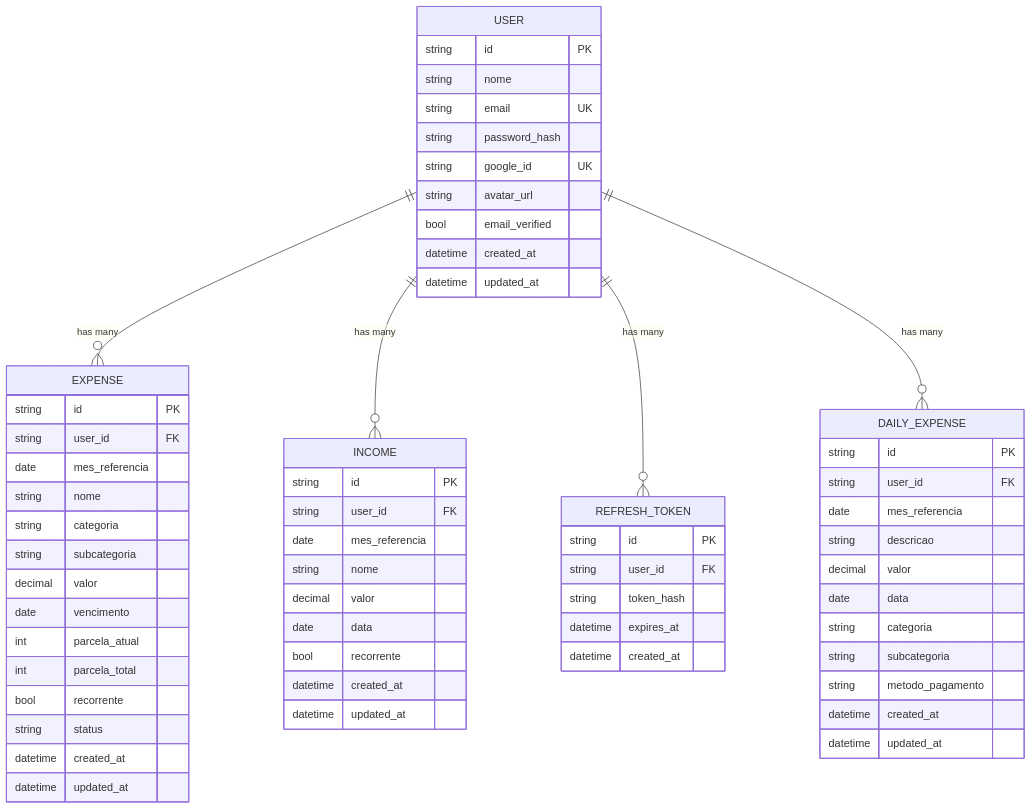
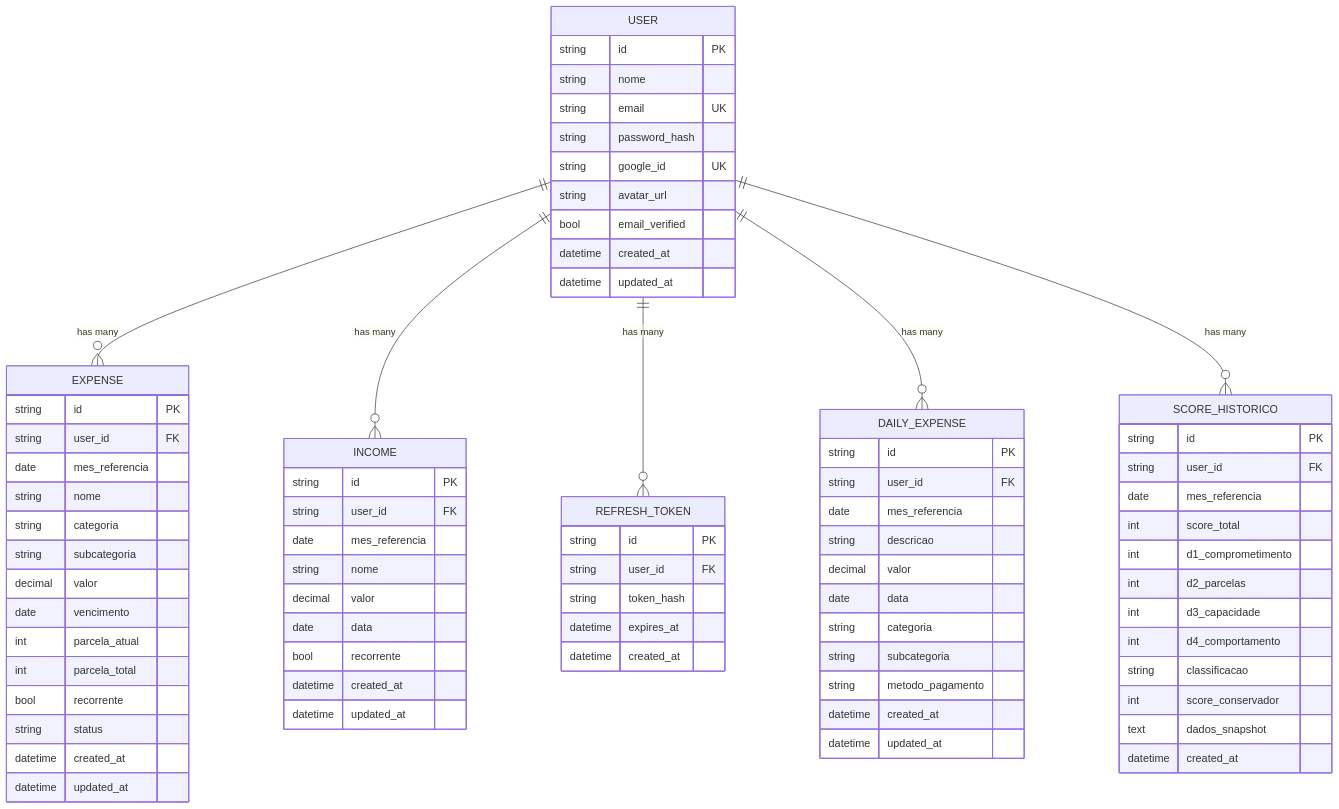
One commit to RafaelPeixoto01/meu-controle changed the second of 3 diagrams in docs/02-ARCHITECTURE.md. Above: the diagram before and after it, drawn with Mermaid. The commit also changed other lines of this file and 5 other files, not shown here.

````diff
--- a/docs/02-ARCHITECTURE.md
+++ b/docs/02-ARCHITECTURE.md
@@ -197,66 +197,81 @@
 ```mermaid
 erDiagram
     USER ||--o{ EXPENSE : "has many"
     USER ||--o{ INCOME : "has many"
     USER ||--o{ REFRESH_TOKEN : "has many"
     USER ||--o{ DAILY_EXPENSE : "has many"
+    USER ||--o{ SCORE_HISTORICO : "has many"
 
     USER {
         string id PK
         string nome
         string email UK
         string password_hash
         string google_id UK
         string avatar_url
         bool email_verified
         datetime created_at
         datetime updated_at
     }
     EXPENSE {
         string id PK
         string user_id FK
         date mes_referencia
         string nome
         string categoria
         string subcategoria
         decimal valor
         date vencimento
         int parcela_atual
         int parcela_total
         bool recorrente
         string status
         datetime created_at
         datetime updated_at
     }
     INCOME {
         string id PK
         string user_id FK
         date mes_referencia
         string nome
         decimal valor
         date data
         bool recorrente
         datetime created_at
         datetime updated_at
     }
     REFRESH_TOKEN {
         string id PK
         string user_id FK
         string token_hash
         datetime expires_at
         datetime created_at
     }
     DAILY_EXPENSE {
         string id PK
         string user_id FK
         date mes_referencia
         string descricao
         decimal valor
         date data
         string categoria
         string subcategoria
         string metodo_pagamento
         datetime created_at
         datetime updated_at
     }
+    SCORE_HISTORICO {
+        string id PK
+        string user_id FK
+        date mes_referencia
+        int score_total
+        int d1_comprometimento
+        int d2_parcelas
+        int d3_capacidade
+        int d4_comportamento
+        string classificacao
+        int score_conservador
+        text dados_snapshot
+        datetime created_at
+    }
 ```
````
